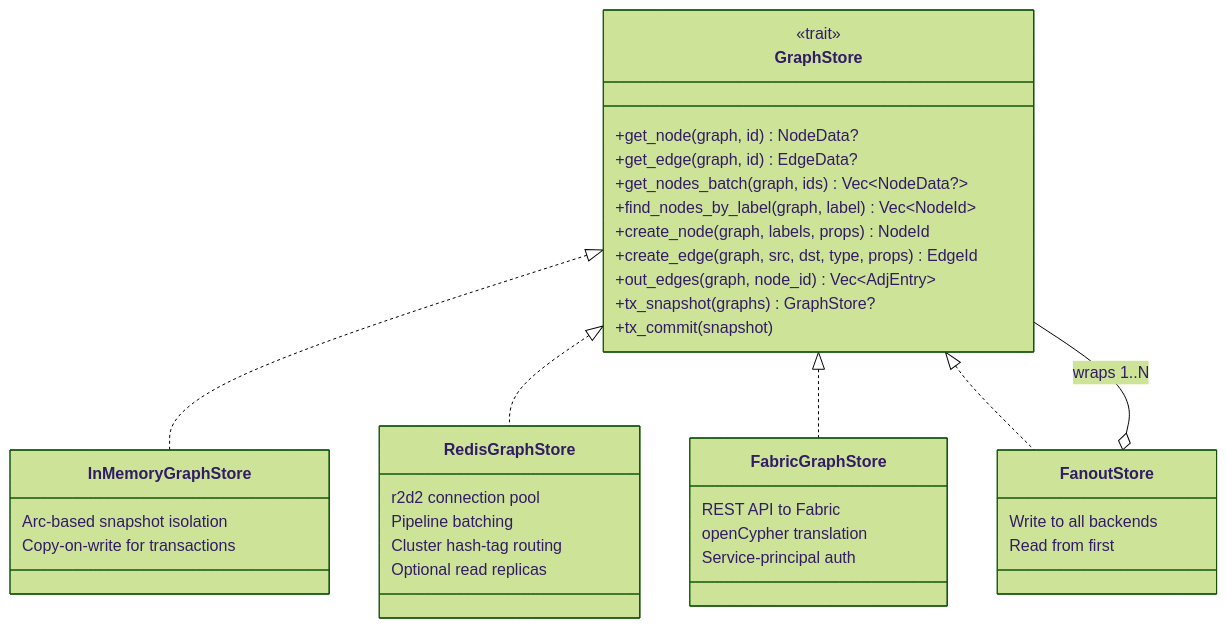
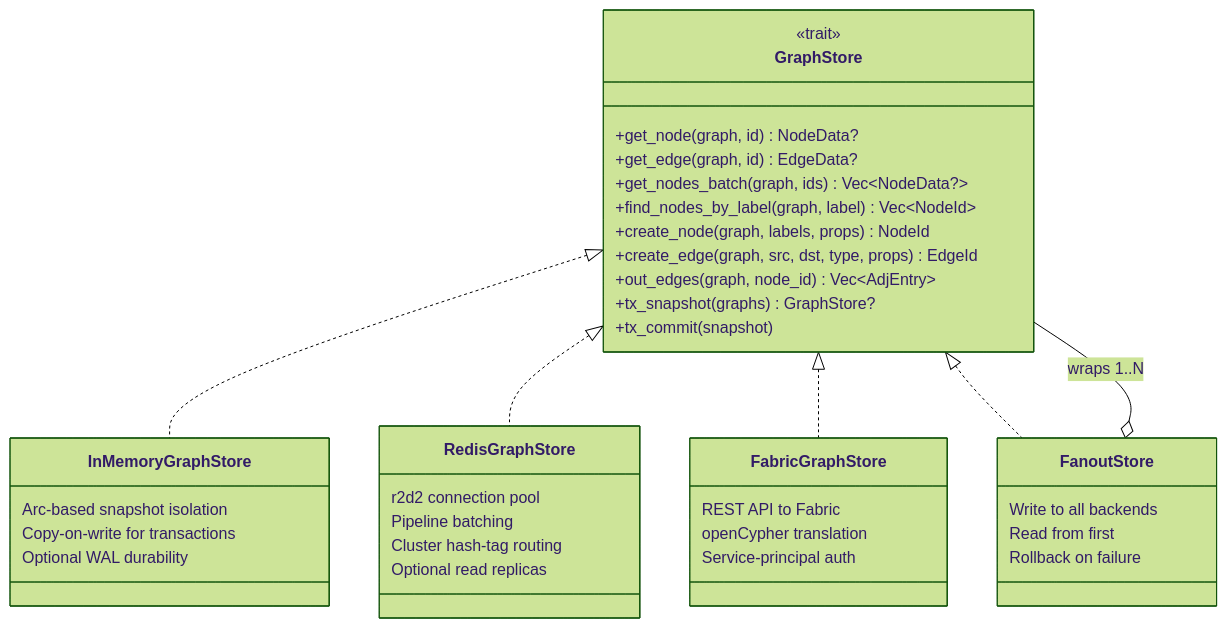
The fifth of 5 diagrams in docs/architecture.md (rysweet/SedanDelivery), drawn with Mermaid (forest theme) before and after one commit. The commit also changed other lines of this file and 6 other files, not shown here.

First line of the commit message:
docs: add rendered SVG diagrams to architecture overview (#637)

````diff
--- a/docs/architecture.md
+++ b/docs/architecture.md
@@ -146,44 +174,46 @@
 ```mermaid
 classDiagram
     class GraphStore {
         <<trait>>
         +get_node(graph, id) NodeData?
         +get_edge(graph, id) EdgeData?
         +get_nodes_batch(graph, ids) Vec~NodeData?~
         +find_nodes_by_label(graph, label) Vec~NodeId~
         +create_node(graph, labels, props) NodeId
         +create_edge(graph, src, dst, type, props) EdgeId
         +out_edges(graph, node_id) Vec~AdjEntry~
         +tx_snapshot(graphs) GraphStore?
         +tx_commit(snapshot)
     }
 
     class InMemoryGraphStore {
         Arc-based snapshot isolation
         Copy-on-write for transactions
+        Optional WAL durability
     }
 
     class RedisGraphStore {
         r2d2 connection pool
         Pipeline batching
         Cluster hash-tag routing
         Optional read replicas
     }
 
     class FabricGraphStore {
         REST API to Fabric
         openCypher translation
         Service-principal auth
     }
 
     class FanoutStore {
         Write to all backends
         Read from first
+        Rollback on failure
     }
 
     GraphStore <|.. InMemoryGraphStore
     GraphStore <|.. RedisGraphStore
     GraphStore <|.. FabricGraphStore
     GraphStore <|.. FanoutStore
     FanoutStore o-- GraphStore : wraps 1..N
 ```
````
